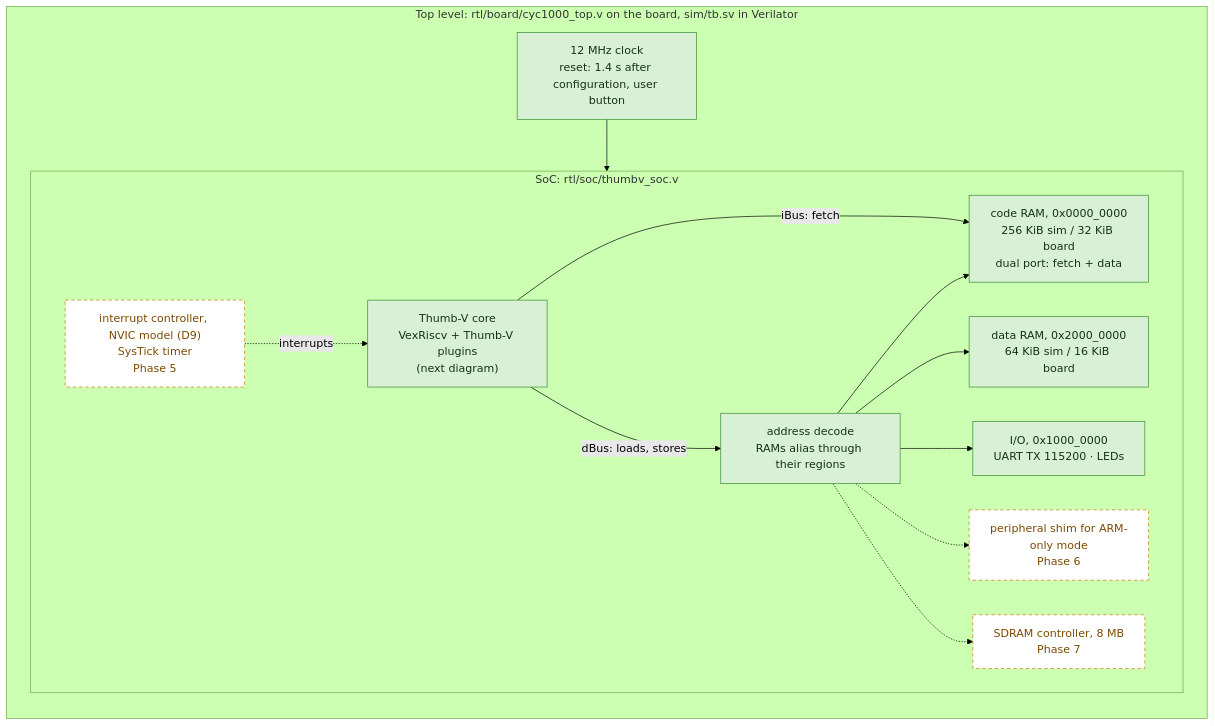
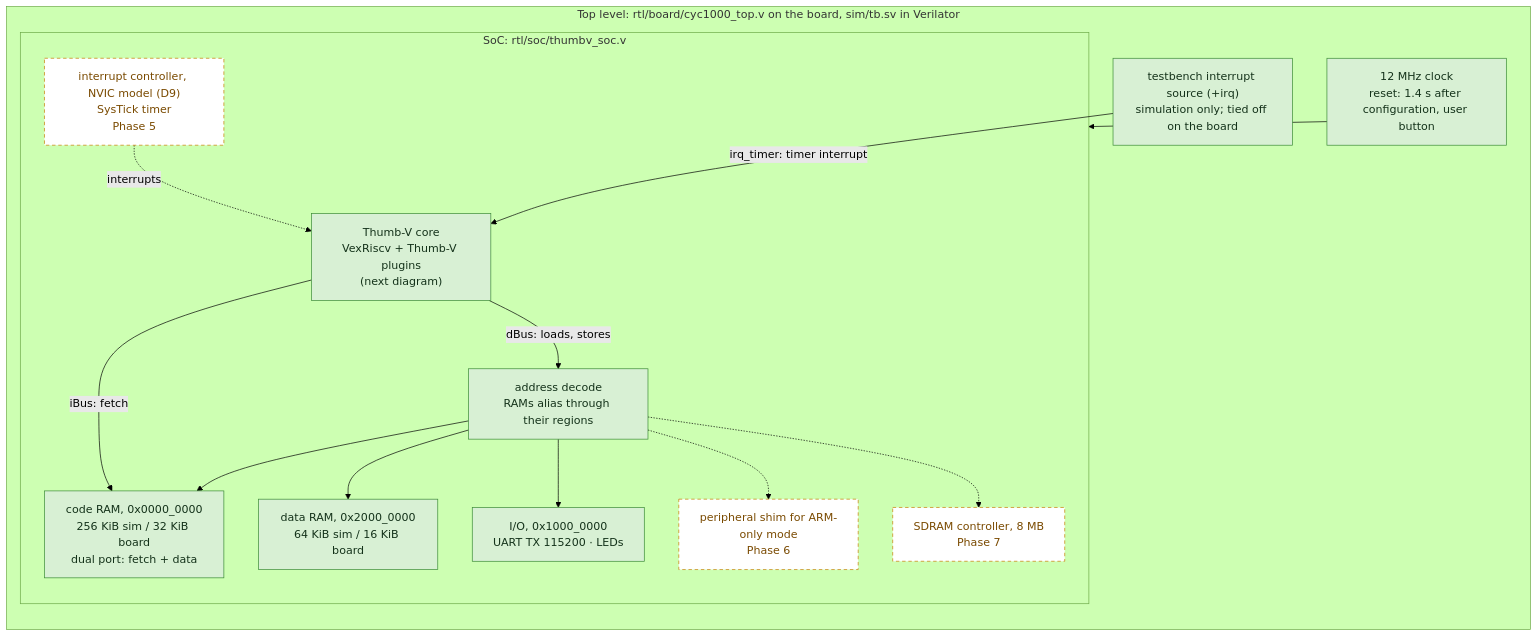
One commit to oskarvh/thumb-v changed the first of 2 diagrams in docs/architecture.md. Above: the diagram before and after it, drawn with Mermaid (forest theme). The commit also changed other lines of this file and 12 other files, not shown here.

````diff
--- a/docs/architecture.md
+++ b/docs/architecture.md
@@ -16,30 +16,32 @@
 ```mermaid
 flowchart LR
     classDef stock fill:#eeeeee,stroke:#777777,color:#222222
     classDef thumbv fill:#d8f0d4,stroke:#3a8a35,color:#14321a
     classDef planned fill:#ffffff,stroke:#c77d00,stroke-dasharray:5 4,color:#7a4a00
 
     subgraph TOP["Top level: rtl/board/cyc1000_top.v on the board, sim/tb.sv in Verilator"]
         CLK["12 MHz clock<br/>reset: 1.4 s after configuration, user button"]:::thumbv
+        TBIRQ["testbench interrupt source (+irq)<br/>simulation only; tied off on the board"]:::thumbv
         subgraph SOC["SoC: rtl/soc/thumbv_soc.v"]
             CORE["Thumb-V core<br/>VexRiscv + Thumb-V plugins<br/>(next diagram)"]:::thumbv
             DEC["address decode<br/>RAMs alias through their regions"]:::thumbv
             CODE["code RAM, 0x0000_0000<br/>256 KiB sim / 32 KiB board<br/>dual port: fetch + data"]:::thumbv
             DATA["data RAM, 0x2000_0000<br/>64 KiB sim / 16 KiB board"]:::thumbv
             IO["I/O, 0x1000_0000<br/>UART TX 115200 · LEDs"]:::thumbv
             NVIC["interrupt controller, NVIC model (D9)<br/>SysTick timer<br/>Phase 5"]:::planned
             SHIM["peripheral shim for ARM-only mode<br/>Phase 6"]:::planned
             SDRAM["SDRAM controller, 8 MB<br/>Phase 7"]:::planned
         end
     end
 
     CORE -- "iBus: fetch" --> CODE
     CORE -- "dBus: loads, stores" --> DEC
     DEC --> CODE
     DEC --> DATA
     DEC --> IO
     DEC -.-> SHIM
     DEC -.-> SDRAM
     NVIC -. "interrupts" .-> CORE
+    TBIRQ -- "irq_timer: timer interrupt" --> CORE
     CLK --> SOC
 ```
````
